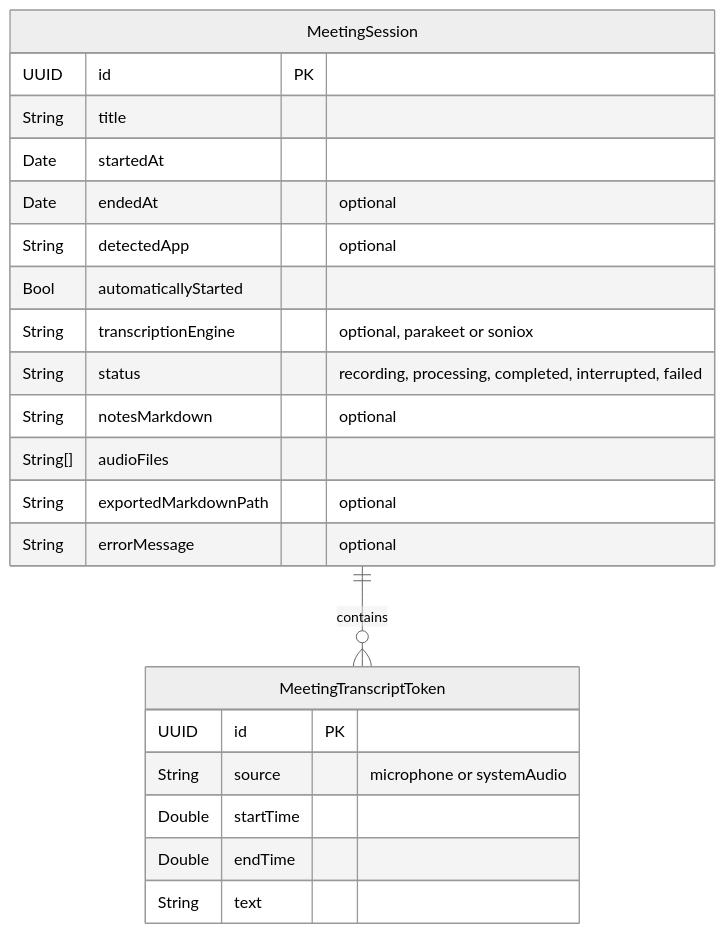
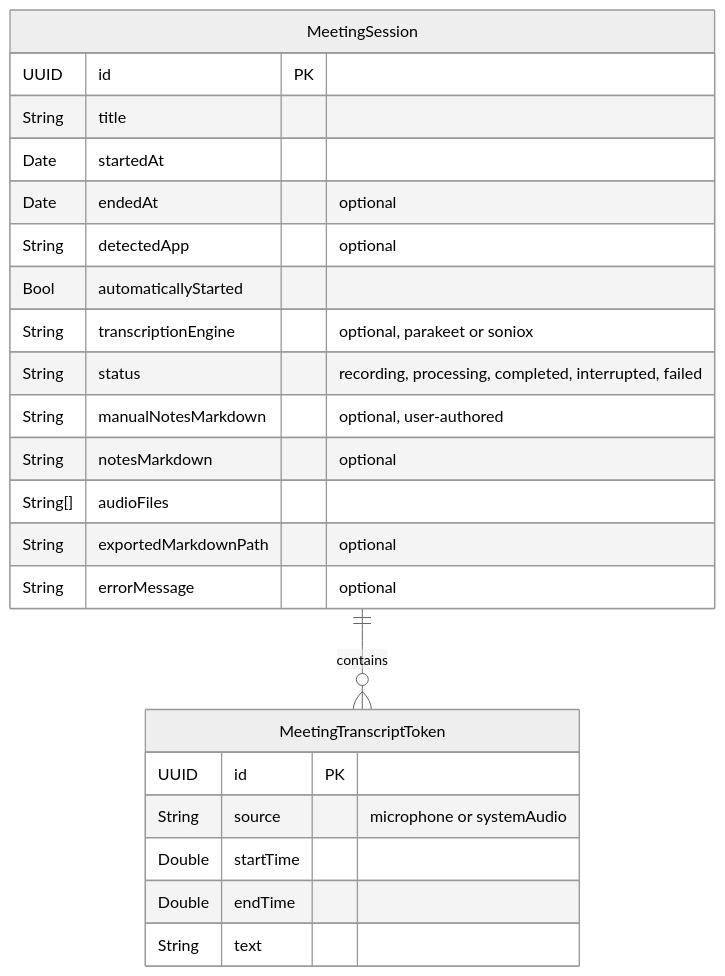
One commit to dkapo88/WonderWhisper-macOS changed the fourth of 13 diagrams in datamodel.md. Above: the diagram before and after it, drawn with Mermaid (neutral theme). The commit also changed other lines of this file and 10 other files, not shown here.

````diff
--- a/datamodel.md
+++ b/datamodel.md
@@ -202,27 +202,28 @@
 ```mermaid
 erDiagram
     MeetingSession ||--o{ MeetingTranscriptToken : "contains"
 
     MeetingSession {
         UUID id PK
         String title
         Date startedAt
         Date endedAt "optional"
         String detectedApp "optional"
         Bool automaticallyStarted
         String transcriptionEngine "optional, parakeet or soniox"
         String status "recording, processing, completed, interrupted, failed"
+        String manualNotesMarkdown "optional, user-authored"
         String notesMarkdown "optional"
         String[] audioFiles
         String exportedMarkdownPath "optional"
         String errorMessage "optional"
     }
 
     MeetingTranscriptToken {
         UUID id PK
         String source "microphone or systemAudio"
         Double startTime
         Double endTime
         String text
     }
 ```
````
